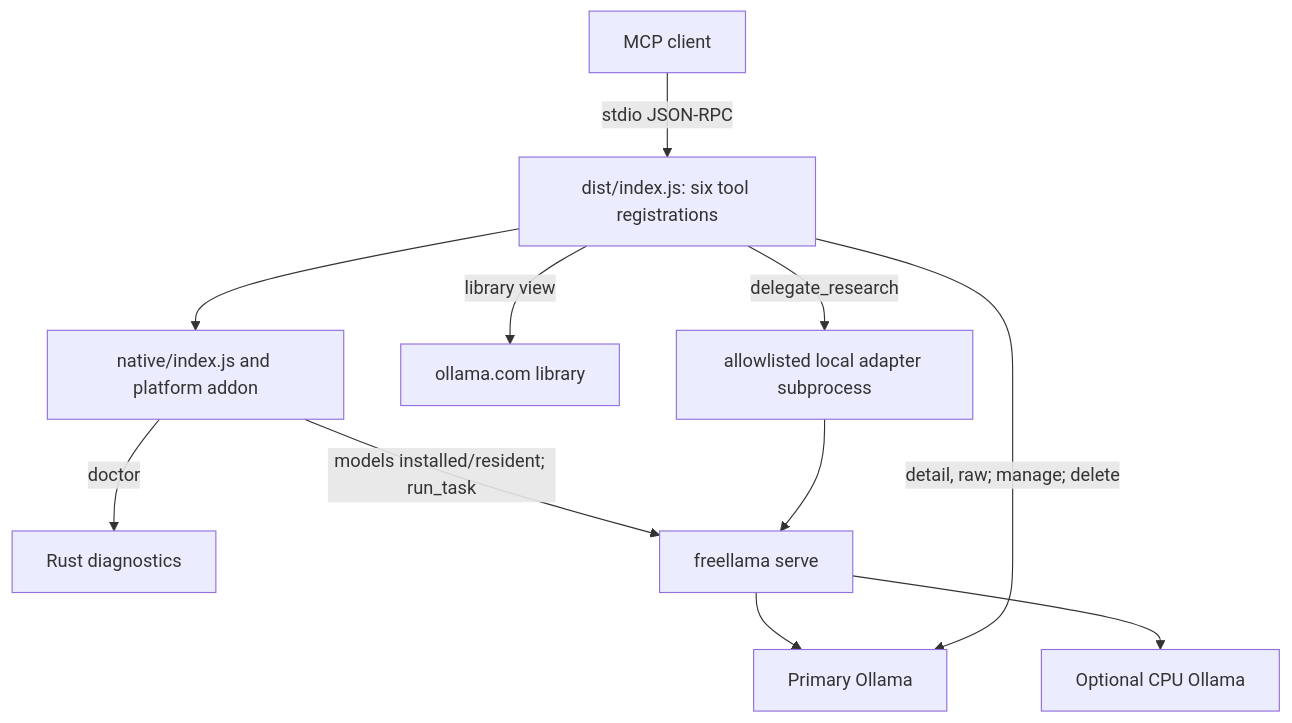
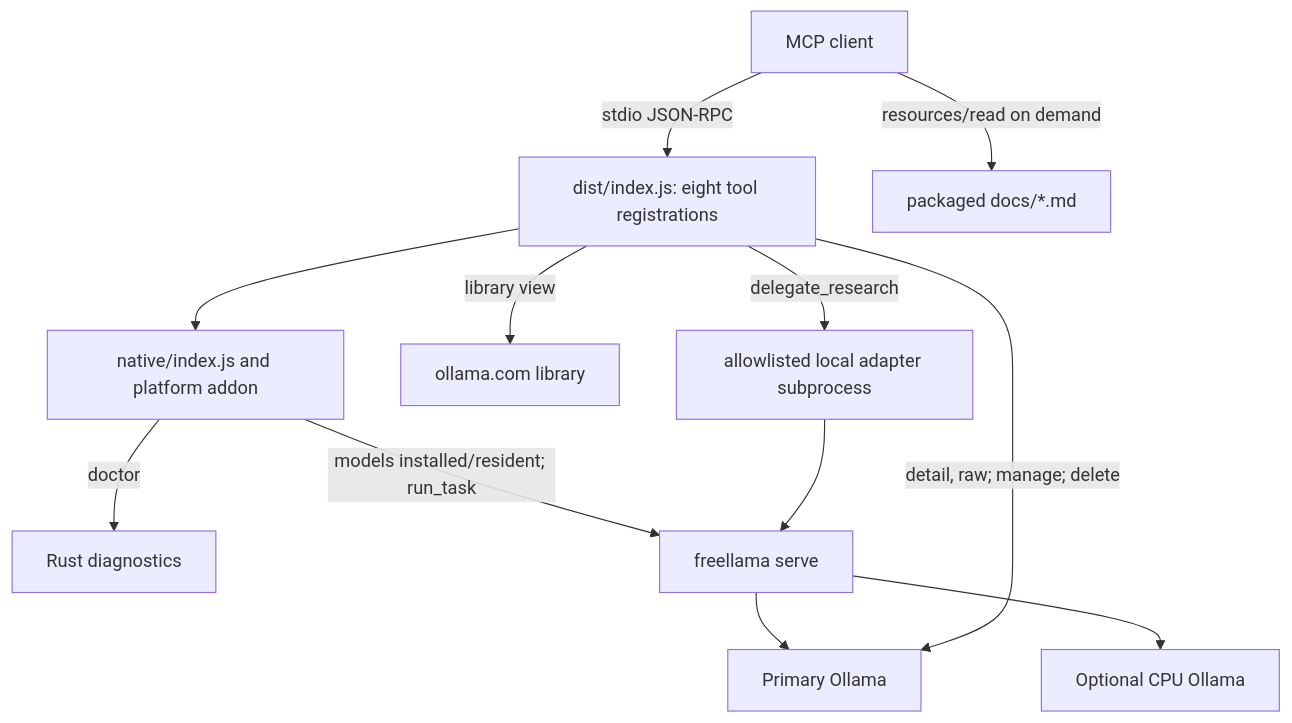
Before and after one commit to bgauryy/FreeLlama: the second of 2 diagrams in packages/mcp/README.md, drawn with Mermaid. The commit also changed other lines of this file and 77 other files, not shown here.

````diff
--- a/packages/mcp/README.md
+++ b/packages/mcp/README.md
@@ -65,13 +138,14 @@
 ```mermaid
 flowchart TD
-    C["MCP client"] -->|"stdio JSON-RPC"| B["dist/index.js: six tool registrations"]
+    C["MCP client"] -->|"stdio JSON-RPC"| B["dist/index.js: eight tool registrations"]
     B --> N["native/index.js and platform addon"]
     N -->|"doctor"| L["Rust diagnostics"]
     N -->|"models installed/resident; run_task"| S["freellama serve"]
     S --> G["Primary Ollama"]
     S --> U["Optional CPU Ollama"]
     B -->|"detail, raw; manage; delete"| G
     B -->|"library view"| W["ollama.com library"]
     B -->|"delegate_research"| A["allowlisted local adapter subprocess"]
     A --> S
+    C -->|"resources/read on demand"| D["packaged docs/*.md"]
 ```
````
